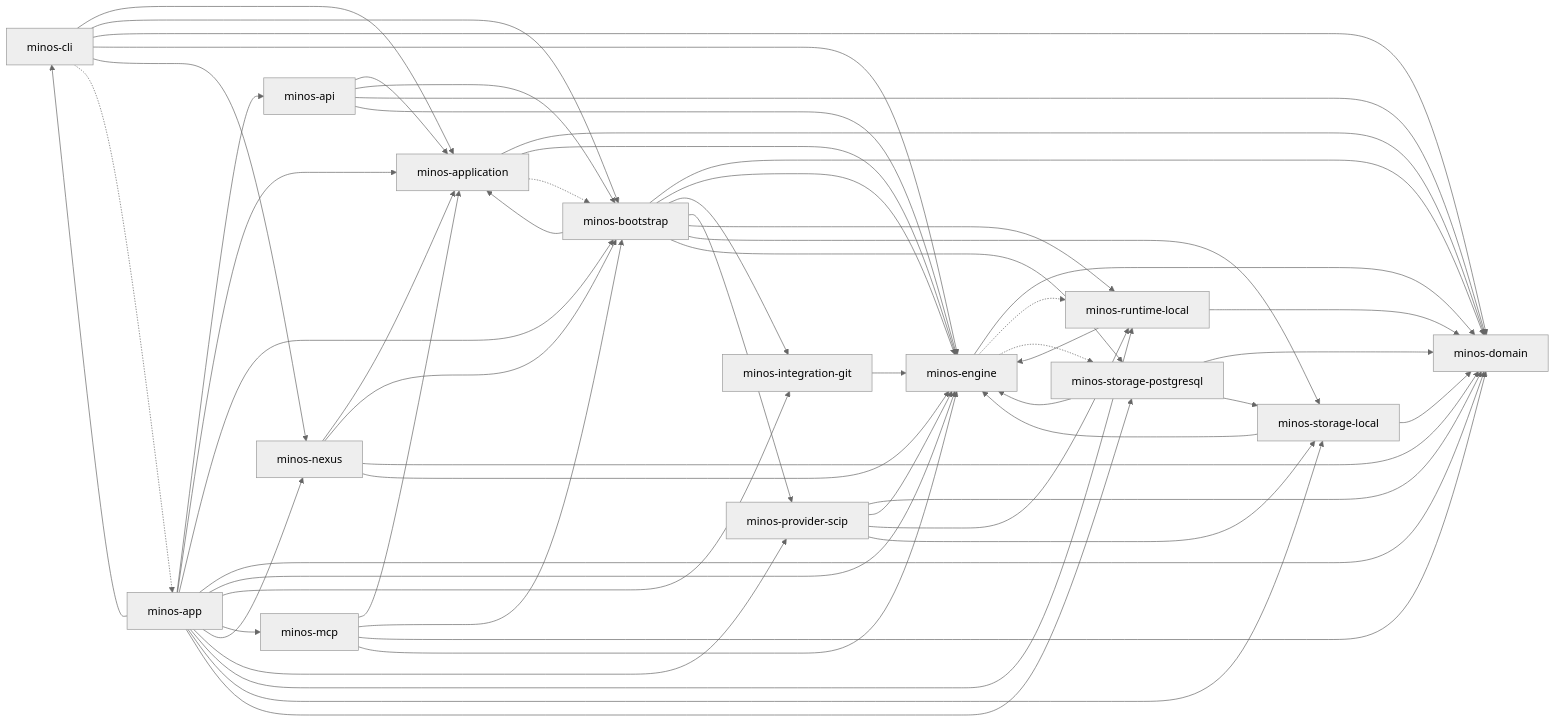
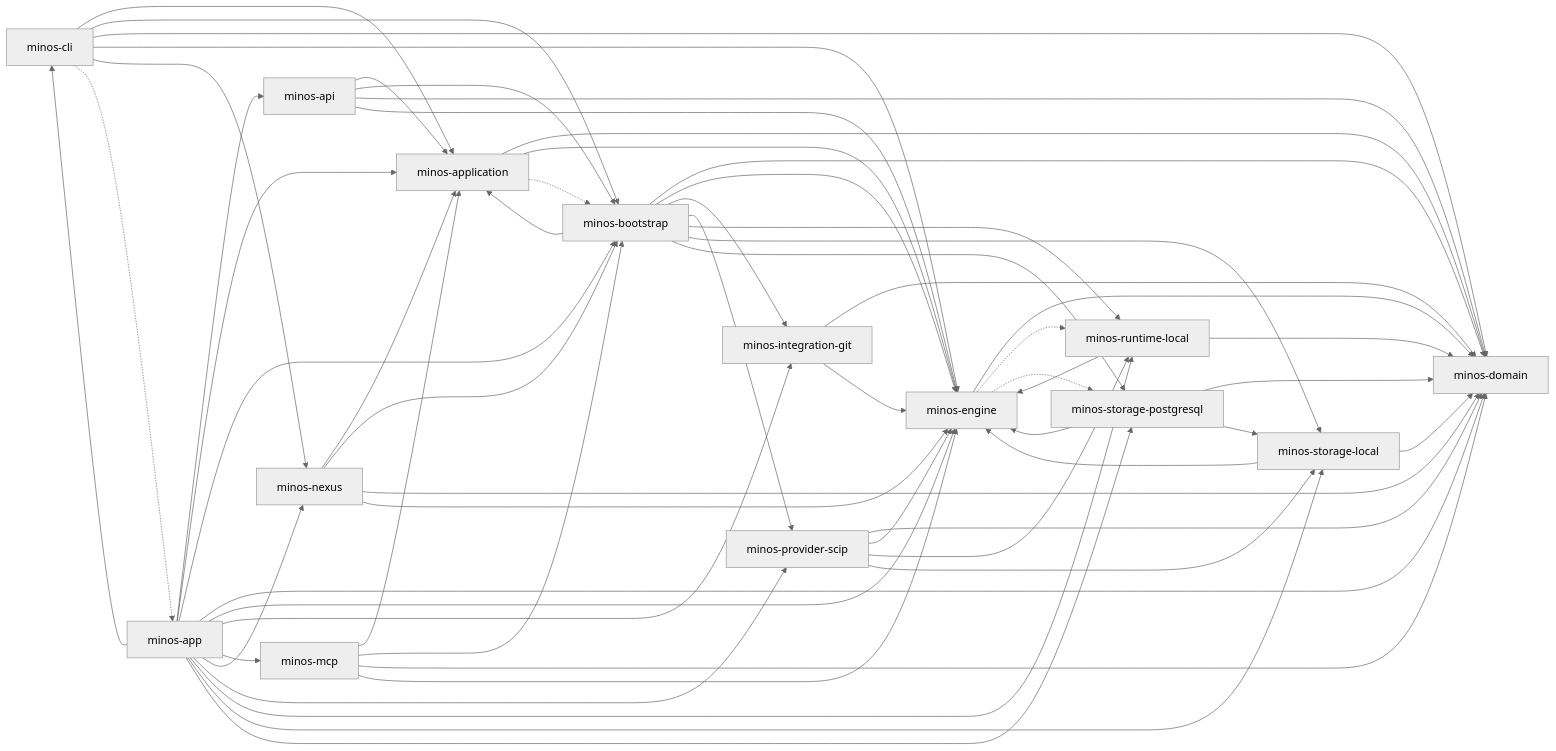
Before and after one commit to FTurleque/minos-code-intelligence: the diagram in docs/architecture/diagrams/module-dependencies.md, drawn with Mermaid (neutral theme). The commit also changed other lines of this file and 62 other files, not shown here.

First line of the commit message:
refactor(domain): descendre le noyau transverse dans minos-domain

````diff
--- a/docs/architecture/diagrams/module-dependencies.md
+++ b/docs/architecture/diagrams/module-dependencies.md
@@ -8,74 +8,75 @@
 ```mermaid
 flowchart LR
     minos_domain["minos-domain"]
     minos_engine["minos-engine"]
     minos_runtime_local["minos-runtime-local"]
     minos_storage_local["minos-storage-local"]
     minos_storage_postgresql["minos-storage-postgresql"]
     minos_provider_scip["minos-provider-scip"]
     minos_integration_git["minos-integration-git"]
     minos_application["minos-application"]
     minos_bootstrap["minos-bootstrap"]
     minos_nexus["minos-nexus"]
     minos_cli["minos-cli"]
     minos_api["minos-api"]
     minos_mcp["minos-mcp"]
     minos_app["minos-app"]
     minos_engine --> minos_domain
     minos_runtime_local --> minos_domain
     minos_runtime_local --> minos_engine
     minos_storage_local --> minos_domain
     minos_storage_local --> minos_engine
     minos_storage_postgresql --> minos_domain
     minos_storage_postgresql --> minos_engine
     minos_storage_postgresql --> minos_storage_local
     minos_provider_scip --> minos_domain
     minos_provider_scip --> minos_engine
     minos_provider_scip --> minos_runtime_local
     minos_provider_scip --> minos_storage_local
+    minos_integration_git --> minos_domain
     minos_integration_git --> minos_engine
     minos_application --> minos_domain
     minos_application --> minos_engine
     minos_bootstrap --> minos_application
     minos_bootstrap --> minos_domain
     minos_bootstrap --> minos_engine
     minos_bootstrap --> minos_integration_git
     minos_bootstrap --> minos_provider_scip
     minos_bootstrap --> minos_runtime_local
     minos_bootstrap --> minos_storage_local
     minos_bootstrap --> minos_storage_postgresql
     minos_nexus --> minos_application
     minos_nexus --> minos_bootstrap
     minos_nexus --> minos_domain
     minos_nexus --> minos_engine
     minos_cli --> minos_application
     minos_cli --> minos_bootstrap
     minos_cli --> minos_domain
     minos_cli --> minos_engine
     minos_cli --> minos_nexus
     minos_api --> minos_application
     minos_api --> minos_bootstrap
     minos_api --> minos_domain
     minos_api --> minos_engine
     minos_mcp --> minos_application
     minos_mcp --> minos_bootstrap
     minos_mcp --> minos_domain
     minos_mcp --> minos_engine
     minos_app --> minos_api
     minos_app --> minos_application
     minos_app --> minos_bootstrap
     minos_app --> minos_cli
     minos_app --> minos_domain
     minos_app --> minos_engine
     minos_app --> minos_integration_git
     minos_app --> minos_mcp
     minos_app --> minos_nexus
     minos_app --> minos_provider_scip
     minos_app --> minos_runtime_local
     minos_app --> minos_storage_local
     minos_app --> minos_storage_postgresql
     minos_application -.-> minos_bootstrap
     minos_cli -.-> minos_app
     minos_engine -.-> minos_runtime_local
     minos_engine -.-> minos_storage_postgresql
 ```
````
